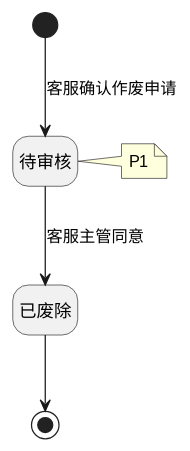
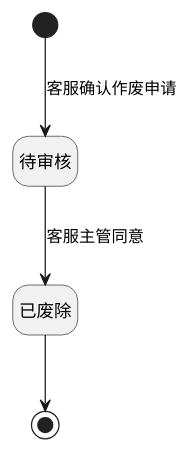
One commit to jack888332/projects-doc changed the seventh of 7 diagrams in product-caliber/goldjet/segmented-prd/PRD.高捷物流系统一期.第009篇.空运-订单创建.5029269CA8.md. Above: the diagram before and after it, drawn with PlantUML. The commit also changed other lines of this file and 24 other files, not shown here.

````diff
--- a/product-caliber/goldjet/segmented-prd/PRD.高捷物流系统一期.第009篇.空运-订单创建.5029269CA8.md
+++ b/product-caliber/goldjet/segmented-prd/PRD.高捷物流系统一期.第009篇.空运-订单创建.5029269CA8.md
@@ -641,11 +634,10 @@
 ```plantuml
 @startuml goldjet-009-state-order-void
 hide empty description
 state "待审核" as Review
 state "已废除" as Voided
 [*] --> Review : 客服确认作废申请
 Review --> Voided : 客服主管同意
 Voided --> [*]
-note right of Review : P1
 @enduml
 ```
````
